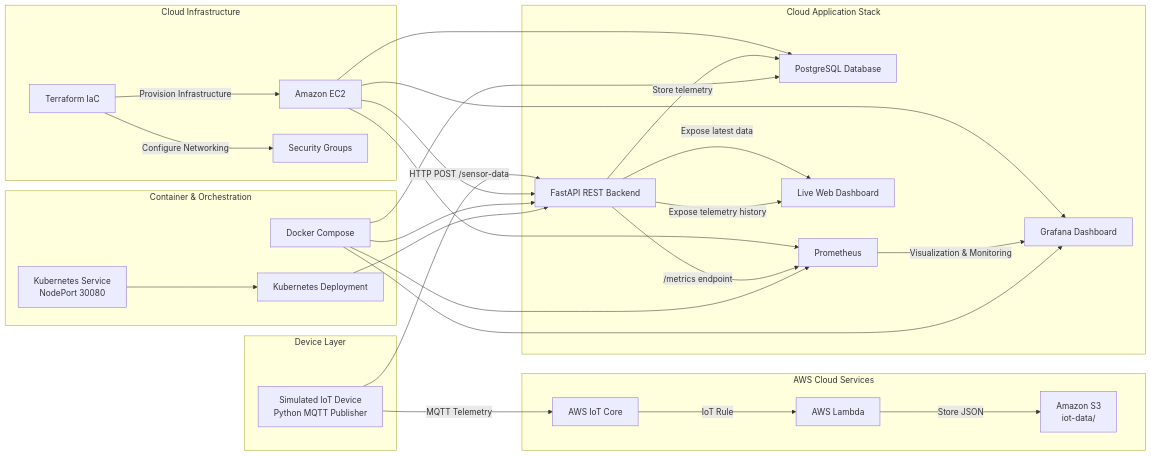
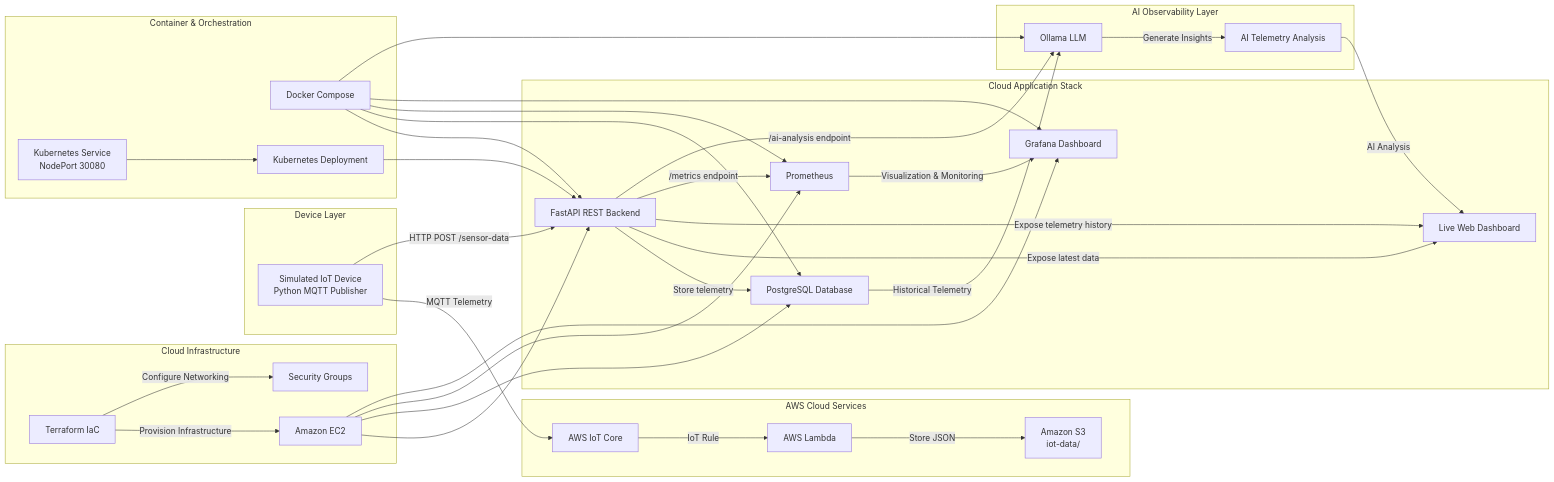
The first of 2 diagrams in README.md (umair95-prog/iot-cloud-platform), drawn with Mermaid before and after one commit. The commit also changed other lines of this file and 1 other file, not shown here.

Commit message:
Add AI observability assistant using Ollama

````diff
--- a/README.md
+++ b/README.md
@@ -32,62 +33,74 @@
 ```mermaid
 flowchart LR
 
     subgraph Device Layer
         A[Simulated IoT Device<br>Python MQTT Publisher]
     end
 
     subgraph AWS Cloud Services
         B[AWS IoT Core]
         C[AWS Lambda]
         D[Amazon S3<br>iot-data/]
     end
 
     subgraph Cloud Infrastructure
         E[Terraform IaC]
         F[Amazon EC2]
         G[Security Groups]
     end
 
     subgraph Cloud Application Stack
         H[FastAPI REST Backend]
         I[PostgreSQL Database]
         J[Prometheus]
         K[Grafana Dashboard]
         L[Live Web Dashboard]
+    end
+
+    subgraph AI Observability Layer
+        P[Ollama LLM]
+        Q[AI Telemetry Analysis]
     end
 
     subgraph Container & Orchestration
         M[Docker Compose]
         N[Kubernetes Deployment]
         O[Kubernetes Service<br>NodePort 30080]
     end
 
     A -->|MQTT Telemetry| B
     B -->|IoT Rule| C
     C -->|Store JSON| D
 
     E -->|Provision Infrastructure| F
     E -->|Configure Networking| G
 
     A -->|HTTP POST /sensor-data| H
 
     F --> H
     F --> I
     F --> J
     F --> K
 
     H -->|Store telemetry| I
     H -->|Expose latest data| L
     H -->|Expose telemetry history| L
 
     H -->|/metrics endpoint| J
     J -->|Visualization & Monitoring| K
 
+    I -->|Historical Telemetry| P
+    P -->|Generate Insights| Q
+    Q -->|AI Analysis| L
+
+    H -->|/ai-analysis endpoint| P
+
     M --> H
     M --> I
     M --> J
     M --> K
+    M --> P
 
     N --> H
     O --> N
 ```
````
